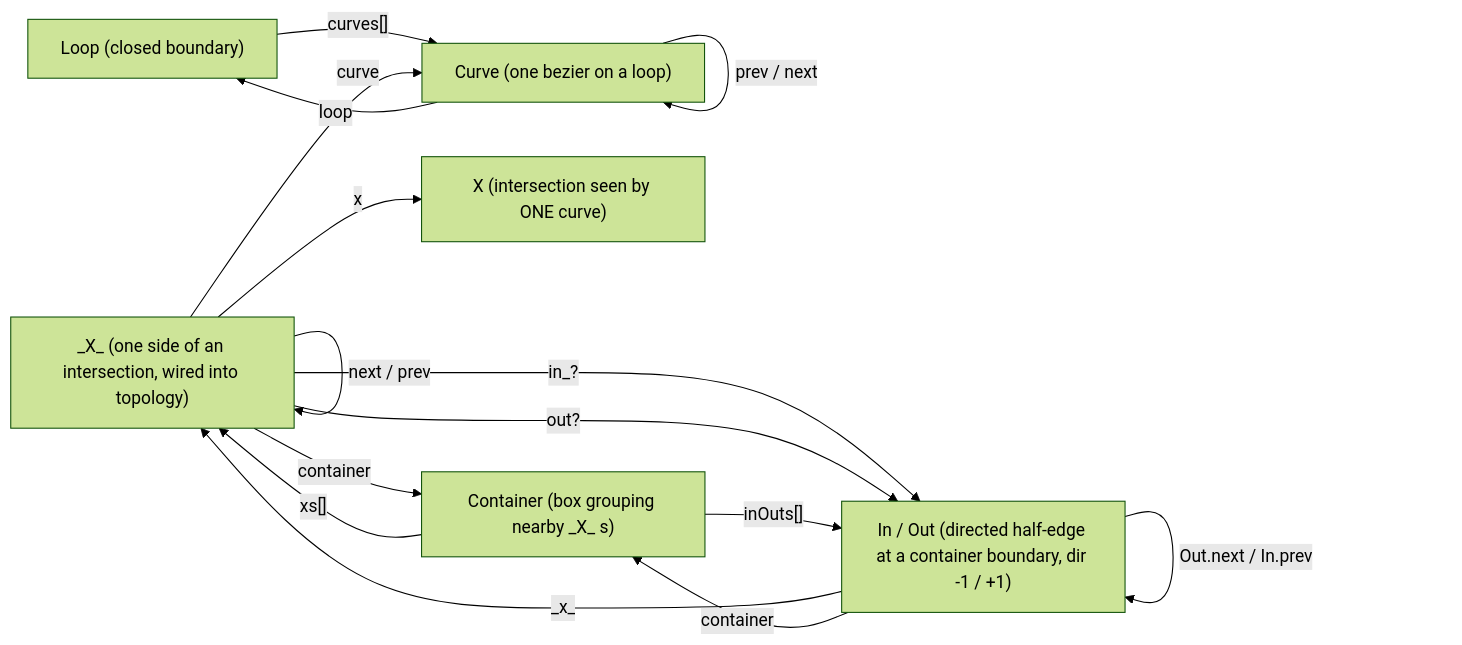
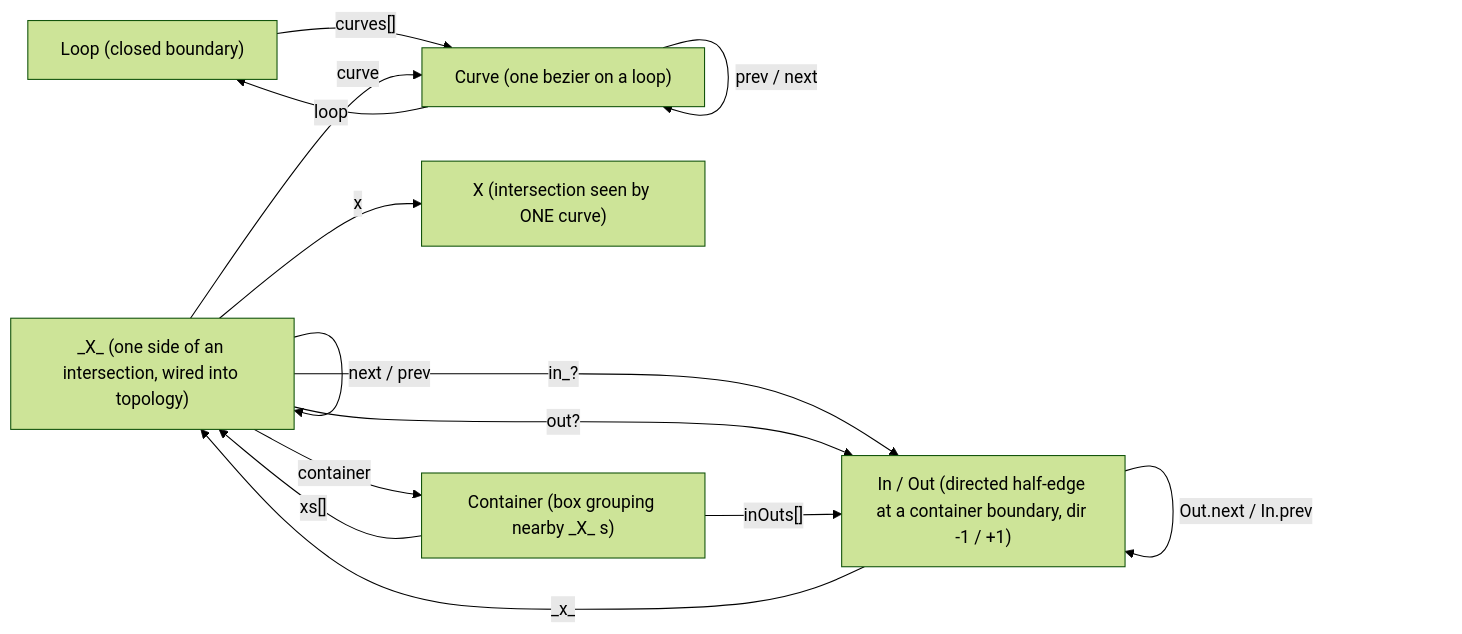
One commit to FlorisSteenkamp/FloBoolean changed the diagram in src/data-structures.md. Above: the diagram before and after it, drawn with Mermaid (forest theme). The commit also changed other lines of this file and 7 other files, not shown here.

````diff
--- a/src/data-structures.md
+++ b/src/data-structures.md
@@ -25,31 +25,30 @@
 ```mermaid
 flowchart LR
     Loop["Loop (closed boundary)"]
     Curve["Curve (one bezier on a loop)"]
     X["X (intersection seen by ONE curve)"]
     XX["_X_ (one side of an intersection, wired into topology)"]
     Container["Container (box grouping nearby _X_ s)"]
     InOut["In / Out (directed half-edge at a container boundary, dir -1 / +1)"]
 
     Loop -->|"curves[]"| Curve
     Curve -->|"loop"| Loop
     Curve -->|"prev / next"| Curve
 
     XX -->|"x"| X
     XX -->|"curve"| Curve
     XX -->|"container"| Container
     XX -->|"next / prev"| XX
     XX -->|"in_?"| InOut
     XX -->|"out?"| InOut
 
     Container -->|"xs[]"| XX
     Container -->|"inOuts[]"| InOut
 
     InOut -->|"_x_"| XX
-    InOut -->|"container"| Container
     InOut -->|"prevAround / nextAround"| InOut
     InOut -->|"parent"| InOut
     InOut -->|"children Set"| InOut
     InOut -->|"path[]"| InOut
     InOut -->|"Out.next / In.prev"| InOut
 ```
````
